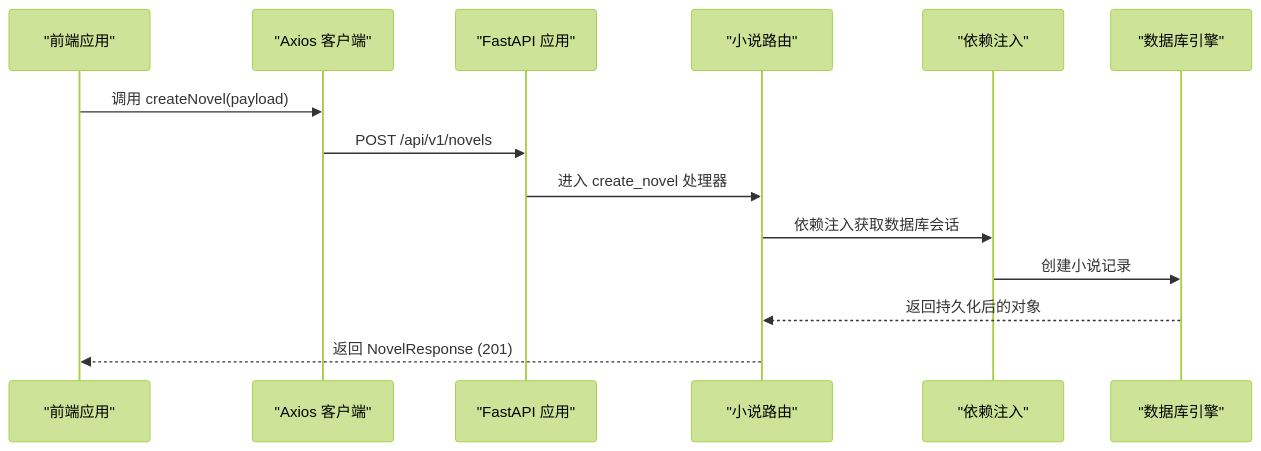
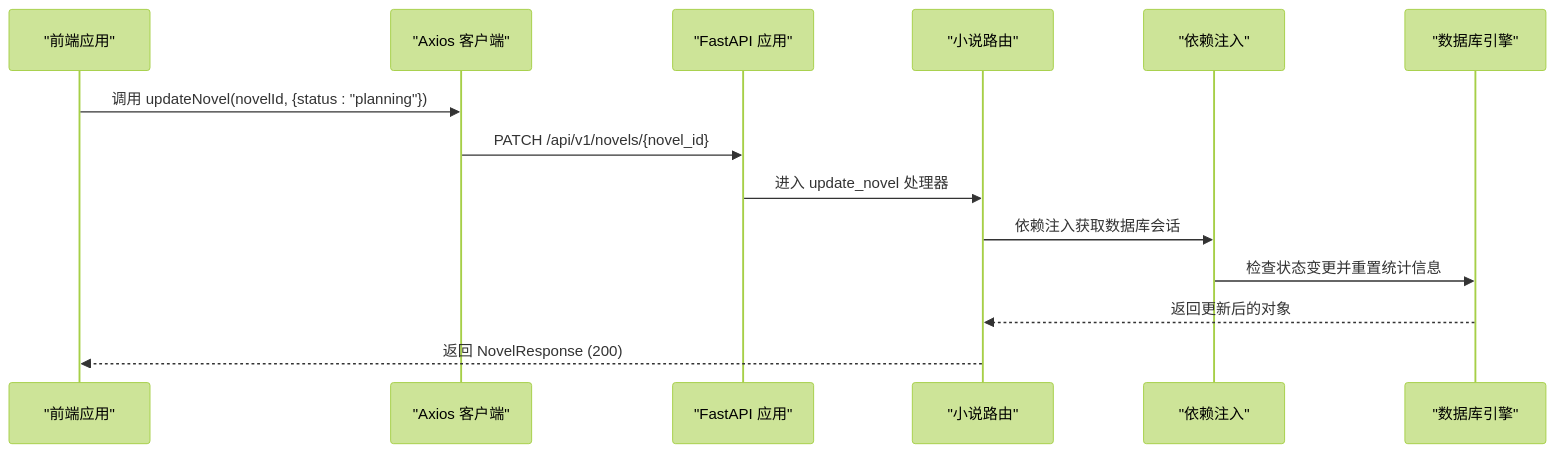
Before and after one commit to xfbyxq/ai-novel-system: the sixth of 7 diagrams in .qoder/repowiki/zh/content/API接口文档/小说管理API.md, drawn with Mermaid (forest theme). The commit also changed other lines of this file and 84 other files, not shown here.

````diff
--- a/.qoder/repowiki/zh/content/API接口文档/小说管理API.md
+++ b/.qoder/repowiki/zh/content/API接口文档/小说管理API.md
@@ -438,16 +755,16 @@
 ```mermaid
 sequenceDiagram
 participant FE as "前端应用"
 participant AX as "Axios 客户端"
 participant API as "FastAPI 应用"
-participant R as "小说路由"
+participant NR as "小说路由"
 participant DEP as "依赖注入"
 participant DB as "数据库引擎"
-FE->>AX : 调用 createNovel(payload)
-AX->>API : POST /api/v1/novels
-API->>R : 进入 create_novel 处理器
-R->>DEP : 依赖注入获取数据库会话
-DEP->>DB : 创建小说记录
-DB-->>R : 返回持久化后的对象
-R-->>FE : 返回 NovelResponse (201)
+FE->>AX : 调用 updateNovel(novelId, {status : "planning"})
+AX->>API : PATCH /api/v1/novels/{novel_id}
+API->>NR : 进入 update_novel 处理器
+NR->>DEP : 依赖注入获取数据库会话
+DEP->>DB : 检查状态变更并重置统计信息
+DB-->>NR : 返回更新后的对象
+NR-->>FE : 返回 NovelResponse (200)
 ```
````
